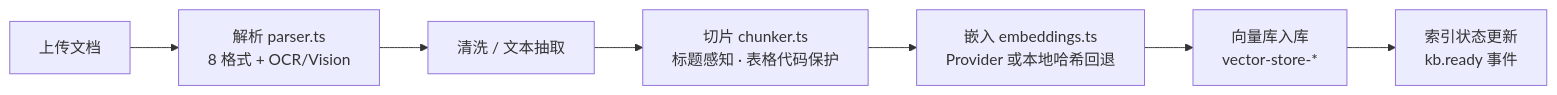
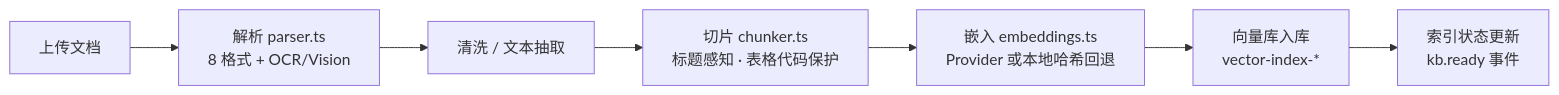
The first of 2 diagrams in docs/architecture/rag-engine.md (BlackArt40/KnowledgeAI), drawn with Mermaid before and after one commit. The commit also changed other lines of this file and 45 other files, not shown here.

First line of the commit message:
refactor: 统一 config/prisma/vector-index 命名 (#127)

````diff
--- a/docs/architecture/rag-engine.md
+++ b/docs/architecture/rag-engine.md
@@ -38,9 +38,9 @@
 ```mermaid
 flowchart LR
   A["上传文档"] --> B["解析 parser.ts<br/>8 格式 + OCR/Vision"]
   B --> C["清洗 / 文本抽取"]
   C --> D["切片 chunker.ts<br/>标题感知 · 表格代码保护"]
   D --> E["嵌入 embeddings.ts<br/>Provider 或本地哈希回退"]
-  E --> F["向量库入库<br/>vector-store-*"]
+  E --> F["向量库入库<br/>vector-index-*"]
   F --> G["索引状态更新<br/>kb.ready 事件"]
 ```
````
